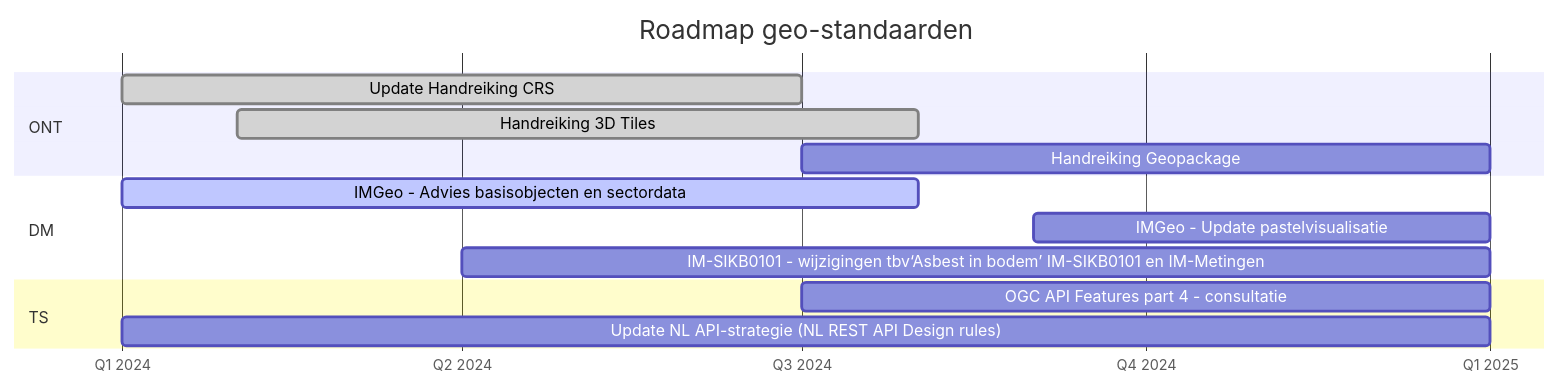
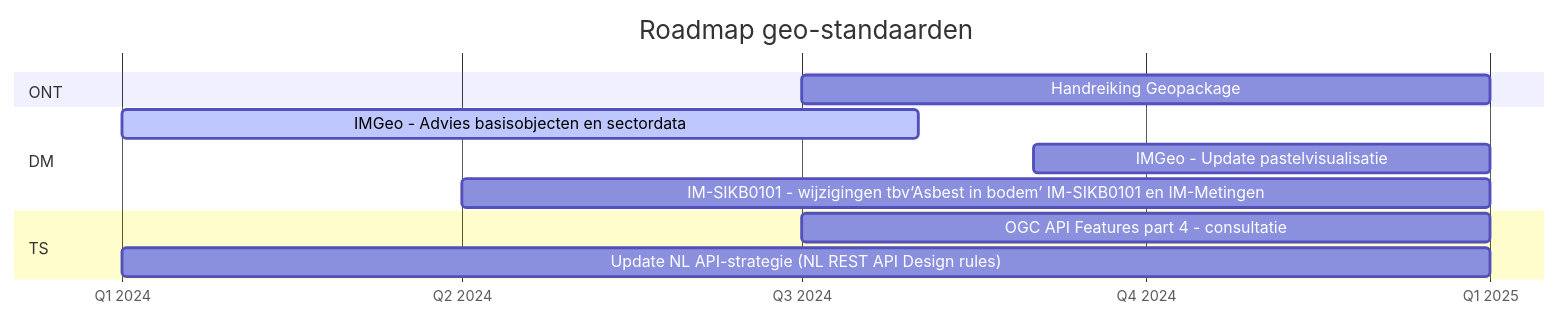
The diagram in roadmap.mmd (Geonovum/roadmap-geostandaarden), drawn with Mermaid before and after one commit.

```diff
--- a/roadmap.mmd
+++ b/roadmap.mmd
@@ -1,26 +1,24 @@
 gantt
     title Roadmap geo-standaarden
     dateFormat YYYY-M
     axisFormat Q%q %Y
     tickInterval 3month
     section ONT
-        Update Handreiking CRS                      :done,           2024-01, 6M        
-        Handreiking 3D Tiles                        :done,          2024-02, 6M
         Handreiking Geopackage                      :active           2024-07, 6M
         
     section DM        
         IMGeo - Advies basisobjecten en sectordata:active,    2024-01, 7M
         IMGeo - Update pastelvisualisatie                :      2024-09, 4M
        % IMOW                                        :           2024-01, 12M
        % IMEV                                        :           2024-01, 12M
         IM-SIKB0101 - wijzigingen tbv‘Asbest in bodem’ IM-SIKB0101 en IM-Metingen :active  2024-04, 9M
         
 
     section TS        
         %ISO JSON encoding 19115                     :           2024-01, 12M
         %API strategie module filtering              :           2024-01, 12M
         %OGC API Records                             :           2024-01, 12M
         OGC API Features part 4 - consultatie       :active           2024-07, 6M
         %JSON-FG consultatie                         :           2024-01, 12M
         %DCAT NL-profiel 1.0                         :           2024-01, 12M
         Update NL API-strategie (NL REST API Design rules) :    2024-01, 12M
```
